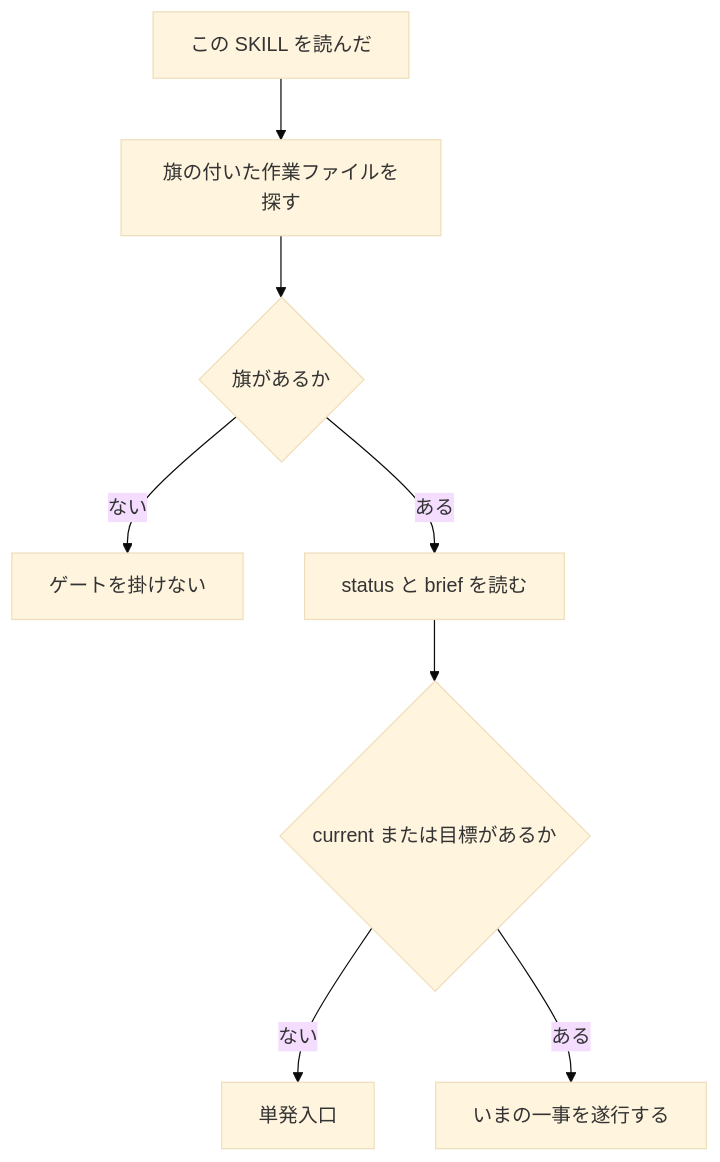
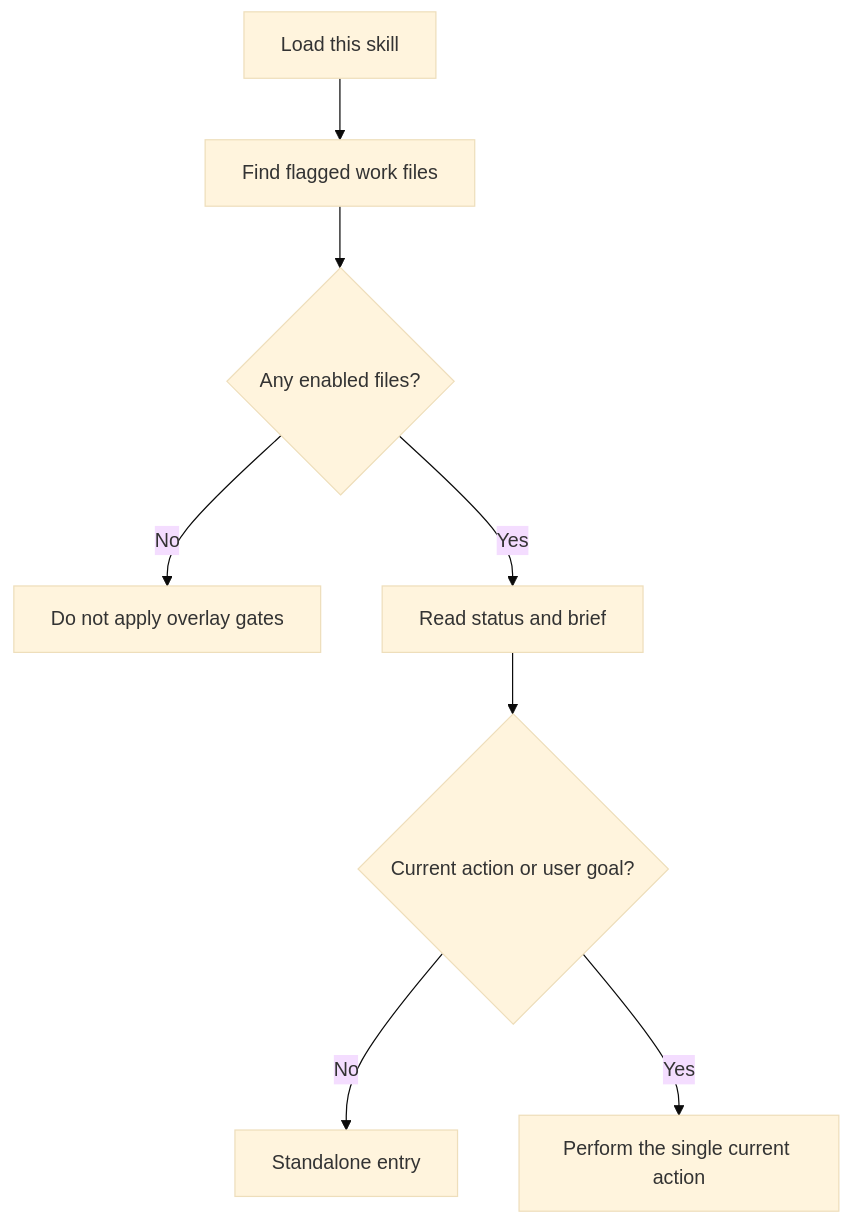
The diagram in packages/workspace-agent-perk-guild/.apm/skills/workspace-agent-perk-guild/SKILL.md (elu697/agent-skills), drawn with Mermaid (base theme) before and after one commit. The commit also changed other lines of this file and 9 other files, not shown here.

````diff
--- a/packages/workspace-agent-perk-guild/.apm/skills/workspace-agent-perk-guild/SKILL.md
+++ b/packages/workspace-agent-perk-guild/.apm/skills/workspace-agent-perk-guild/SKILL.md
@@ -34,10 +46,10 @@
 ```mermaid
 flowchart TD
-  load["この SKILL を読んだ"] --> scan["旗の付いた作業ファイルを探す"]
-  scan --> none{"旗があるか"}
-  none -->|ない| idle["ゲートを掛けない"]
-  none -->|ある| read["status と brief を読む"]
-  read --> hasCurrent{"current または目標があるか"}
-  hasCurrent -->|ない| ask["単発入口"]
-  hasCurrent -->|ある| do["いまの一事を遂行する"]
+  load["Load this skill"] --> scan["Find flagged work files"]
+  scan --> any{"Any enabled files?"}
+  any -->|No| idle["Do not apply overlay gates"]
+  any -->|Yes| read["Read status and brief"]
+  read --> instructed{"Current action or user goal?"}
+  instructed -->|No| choose["Standalone entry"]
+  instructed -->|Yes| work["Perform the single current action"]
 ```
````
